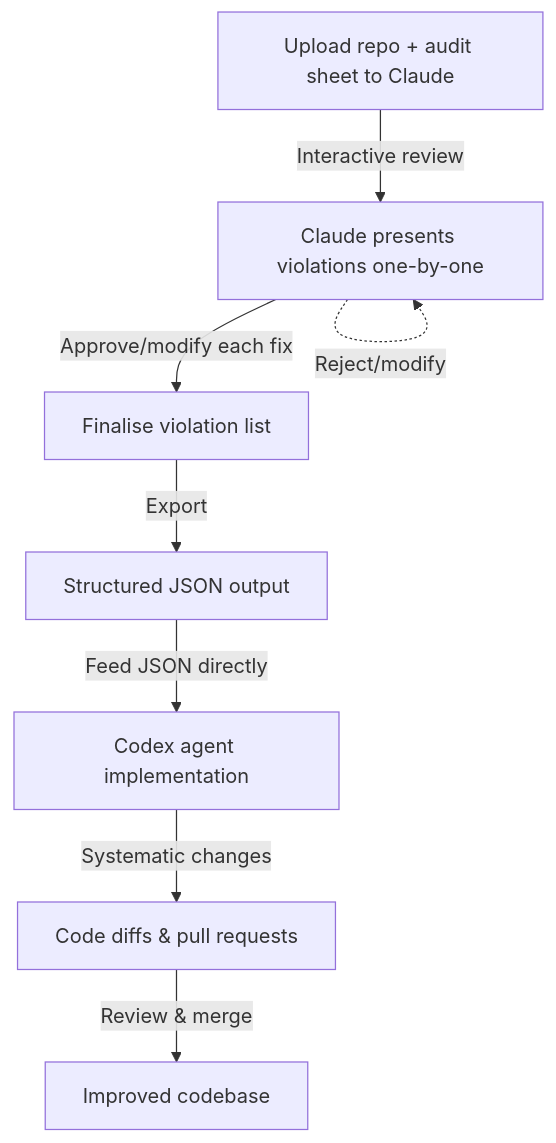
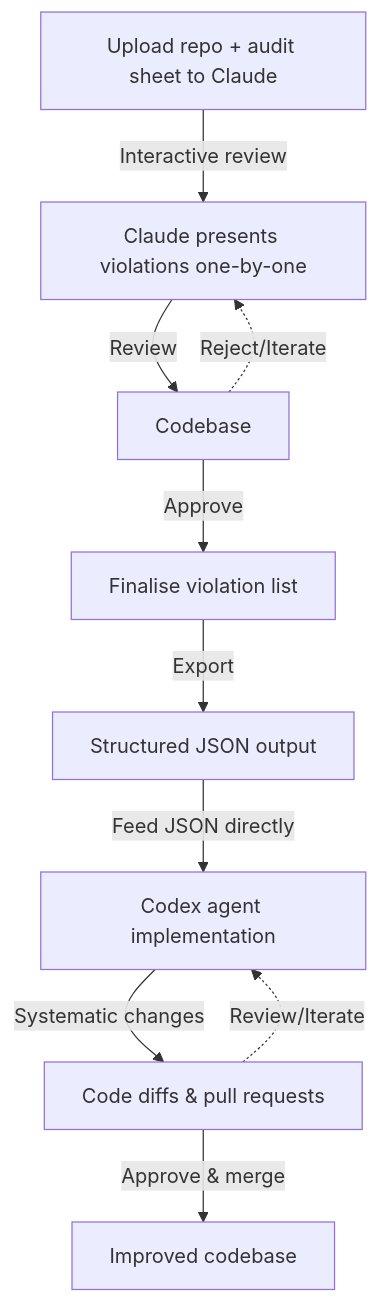
Before and after one commit to TandemCreativeDev/ai_accessibility_audit: the diagram in README.md, drawn with Mermaid.

Commit message:
docs: update diagram in main README.md

````diff
--- a/README.md
+++ b/README.md
@@ -58,12 +58,13 @@
 ```mermaid
 flowchart TB
     A[Upload repo + audit sheet to Claude] -->|Interactive review| B[Claude presents violations one-by-one]
-    B -->|Approve/modify each fix| C[Finalise violation list]
-    C -->|Export| D[Structured JSON output]
+    B -->|Review| C[Codebase]
+    C -.->|Reject/Iterate| B
+    C -->|Approve| D[Finalise violation list]
+    D -->|Export| E[Structured JSON output]
 
-    D -->|Feed JSON directly| E[Codex agent implementation]
-    E -->|Systematic changes| F[Code diffs & pull requests]
-    F -->|Review & merge| G[Improved codebase]
-
-    B -.->|Reject/modify| B
+    E -->|Feed JSON directly| F[Codex agent implementation]
+    F -->|Systematic changes| G[Code diffs & pull requests]
+    G -.->|Review/Iterate| F
+    G -->|Approve & merge| H[Improved codebase]
 ```
````
